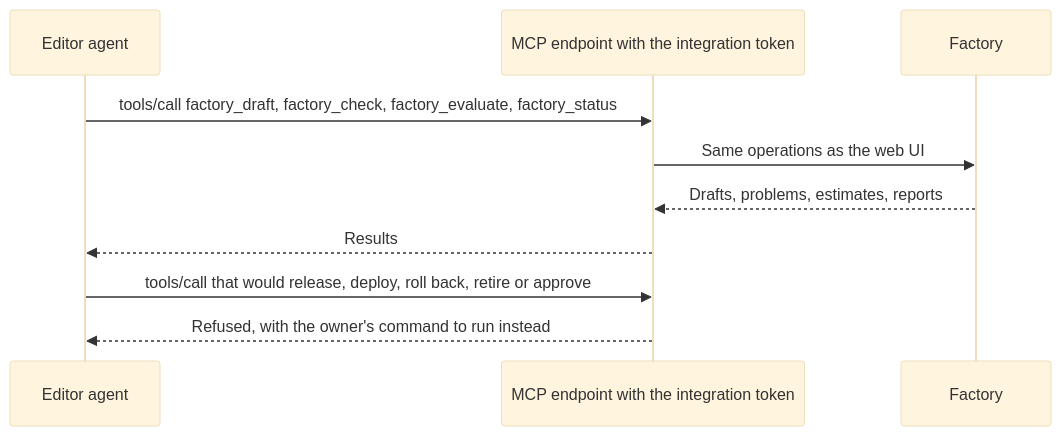
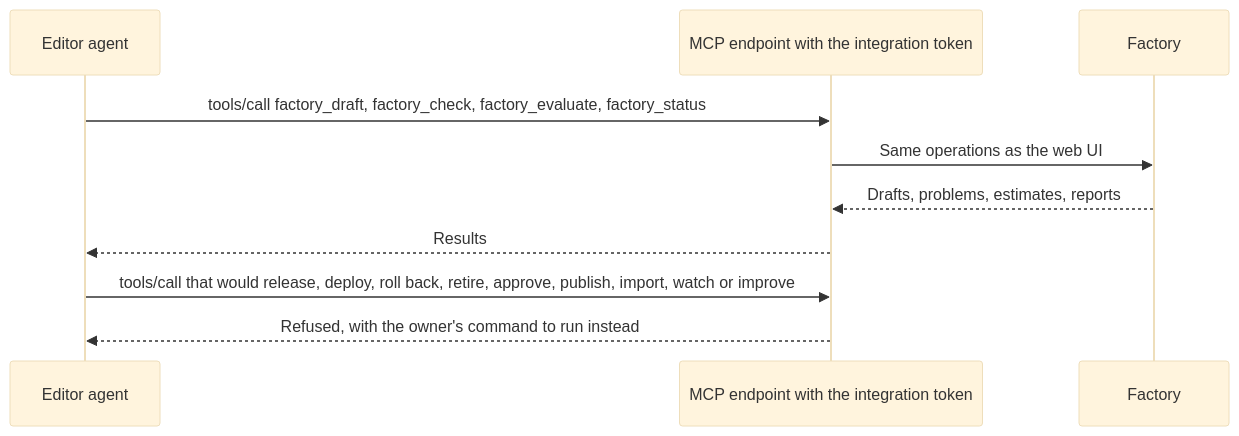
Before and after one commit to mcbelton/proofkin: diagram 11 of 14 in docs/agent-factory/design/workflows.md, drawn with Mermaid (base theme). The commit also changed other lines of this file and 52 other files, not shown here.

````diff
--- a/docs/agent-factory/design/workflows.md
+++ b/docs/agent-factory/design/workflows.md
@@ -246,12 +250,12 @@
 ```mermaid
 sequenceDiagram
   participant E as Editor agent
   participant C as MCP endpoint with the integration token
   participant F as Factory
   E->>C: tools/call factory_draft, factory_check, factory_evaluate, factory_status
   C->>F: Same operations as the web UI
   F-->>C: Drafts, problems, estimates, reports
   C-->>E: Results
-  E->>C: tools/call that would release, deploy, roll back, retire or approve
+  E->>C: tools/call that would release, deploy, roll back, retire, approve, publish, import, watch or improve
   C-->>E: Refused, with the owner's command to run instead
 ```
````
